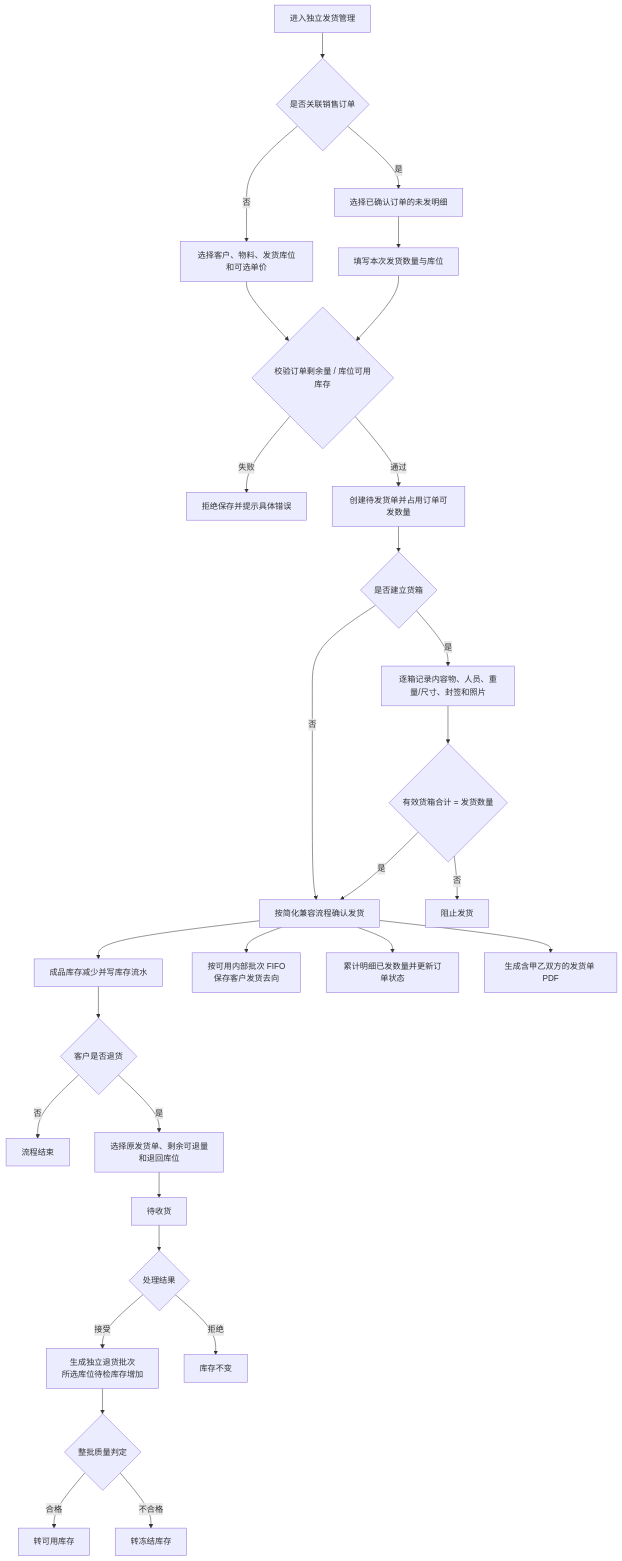
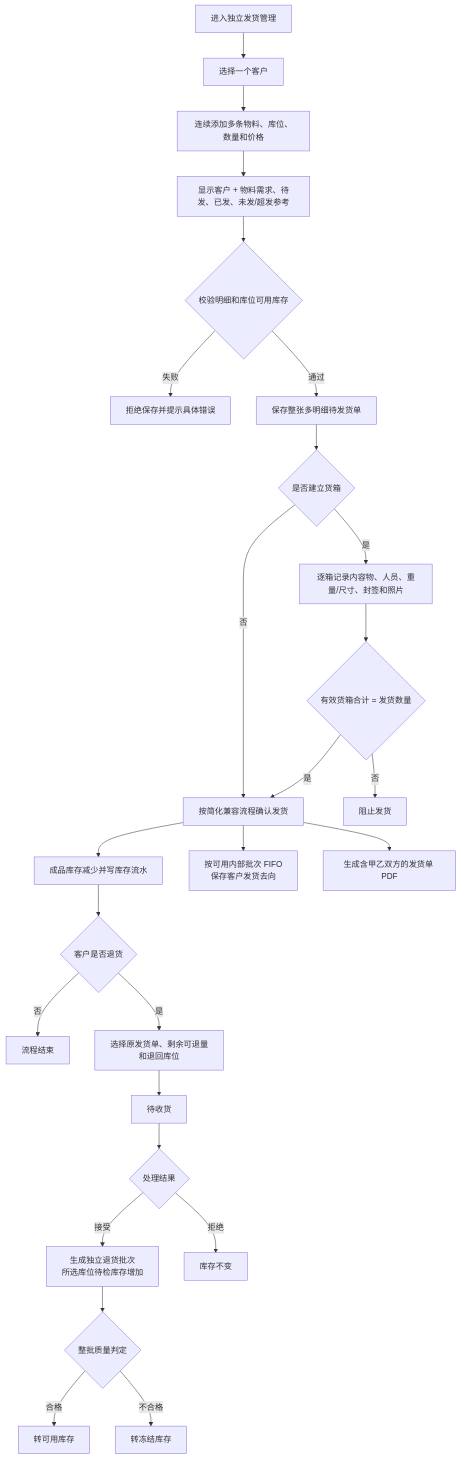
One commit to goldf2/mes-lite changed diagram 16 of 18 in docs/minierp/system-function-flow.md. Above: the diagram before and after it, drawn with Mermaid. The commit also changed other lines of this file and 122 other files, not shown here.

````diff
--- a/docs/minierp/system-function-flow.md
+++ b/docs/minierp/system-function-flow.md
@@ -540,31 +540,28 @@
 ```mermaid
 flowchart TD
-  A["进入独立发货管理"] --> Q{"是否关联销售订单"}
-  Q -->|是| B["选择已确认订单的未发明细"]
-  Q -->|否| R["选择客户、物料、发货库位和可选单价"]
-  B --> C["填写本次发货数量与库位"]
-  R --> V
-  C --> V{"校验订单剩余量 / 库位可用库存"}
+  A["进入独立发货管理"] --> B["选择一个客户"]
+  B --> C["连续添加多条物料、库位、数量和价格"]
+  C --> R["显示客户 + 物料需求、待发、已发、未发/超发参考"]
+  R --> V{"校验明细和库位可用库存"}
   V -->|失败| X["拒绝保存并提示具体错误"]
-  V -->|通过| P["创建待发货单并占用订单可发数量"]
+  V -->|通过| P["保存整张多明细待发货单"]
   P --> B1{"是否建立货箱"}
   B1 -->|否| S["按简化兼容流程确认发货"]
   B1 -->|是| B2["逐箱记录内容物、人员、重量/尺寸、封签和照片"]
   B2 --> B3{"有效货箱合计 = 发货数量"}
   B3 -->|否| X2["阻止发货"]
   B3 -->|是| S
   S --> D["成品库存减少并写库存流水"]
   S --> T["按可用内部批次 FIFO<br/>保存客户发货去向"]
-  S --> O["累计明细已发数量并更新订单状态"]
   S --> E["生成含甲乙双方的发货单 PDF"]
   D --> F{"客户是否退货"}
   F -->|否| G["流程结束"]
   F -->|是| H["选择原发货单、剩余可退量<br/>和退回库位"]
   H --> I["待收货"]
   I --> J{"处理结果"}
   J -->|接受| K["生成独立退货批次<br/>所选库位待检库存增加"]
   K --> M{"整批质量判定"}
   M -->|合格| N["转可用库存"]
   M -->|不合格| O2["转冻结库存"]
   J -->|拒绝| L["库存不变"]
 ```
````
